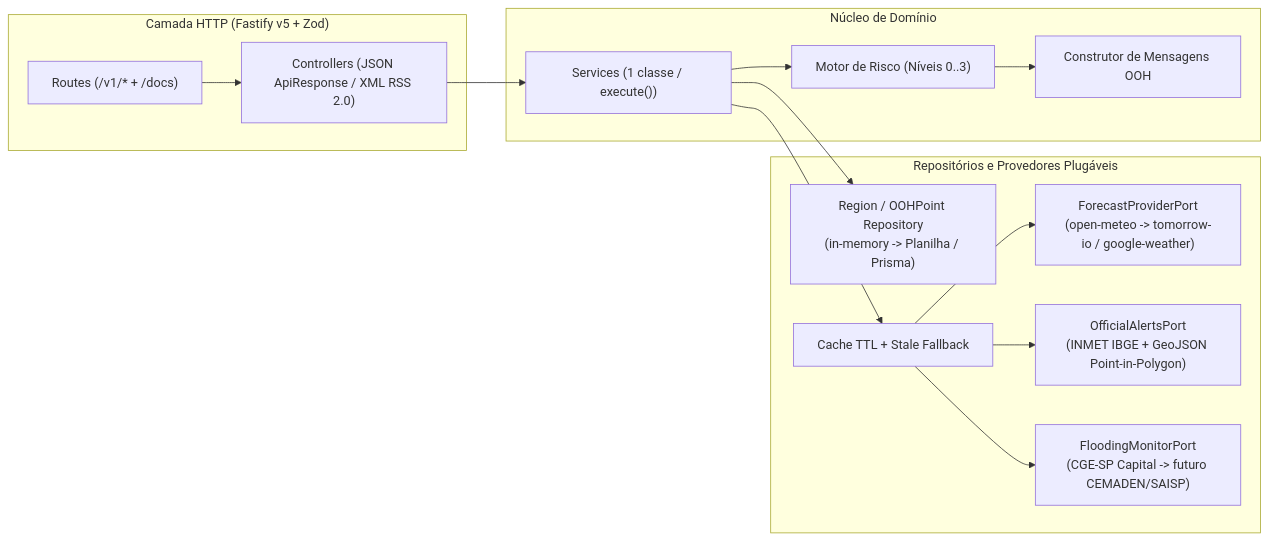
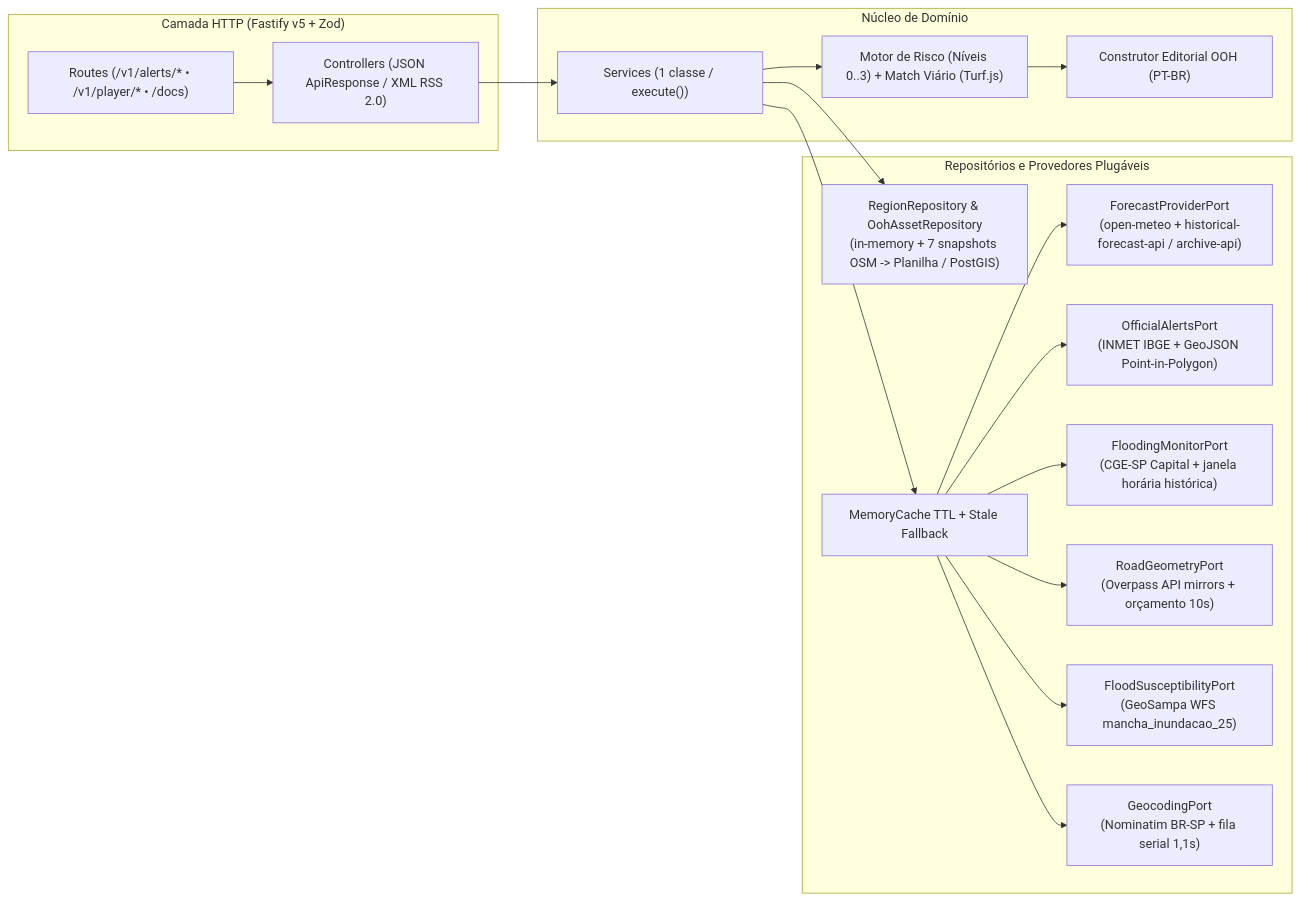
One commit to lanjosdev/ooh-alerta-alagamentos changed the diagram in backend/docs/architecture.md. Above: the diagram before and after it, drawn with Mermaid. The commit also changed other lines of this file and 17 other files, not shown here.

Commit message:
feat(backend): add /v1/player endpoints, road risk matching, tests and API docs

````diff
--- a/backend/docs/architecture.md
+++ b/backend/docs/architecture.md
@@ -9,29 +9,35 @@
 ```mermaid
 flowchart LR
     subgraph HTTP["Camada HTTP (Fastify v5 + Zod)"]
-        R["Routes (/v1/* + /docs)"]
+        R["Routes (/v1/alerts/* • /v1/player/* • /docs)"]
         C["Controllers (JSON ApiResponse / XML RSS 2.0)"]
     end
 
     subgraph Core["Núcleo de Domínio"]
         S["Services (1 classe / execute())"]
-        RISK["Motor de Risco (Níveis 0..3)"]
-        MSG["Construtor de Mensagens OOH"]
+        RISK["Motor de Risco (Níveis 0..3) + Match Viário (Turf.js)"]
+        MSG["Construtor Editorial OOH (PT-BR)"]
     end
 
     subgraph Infra["Repositórios e Provedores Plugáveis"]
-        REPO["Region / OOHPoint Repository<br/>(in-memory -> Planilha / Prisma)"]
-        FP["ForecastProviderPort<br/>(open-meteo -> tomorrow-io / google-weather)"]
+        REPO["RegionRepository & OohAssetRepository<br/>(in-memory + 7 snapshots OSM -> Planilha / PostGIS)"]
+        FP["ForecastProviderPort<br/>(open-meteo + historical-forecast-api / archive-api)"]
         AP["OfficialAlertsPort<br/>(INMET IBGE + GeoJSON Point-in-Polygon)"]
-        FM["FloodingMonitorPort<br/>(CGE-SP Capital -> futuro CEMADEN/SAISP)"]
-        CACHE["Cache TTL + Stale Fallback"]
+        FM["FloodingMonitorPort<br/>(CGE-SP Capital + janela horária histórica)"]
+        RG["RoadGeometryPort<br/>(Overpass API mirrors + orçamento 10s)"]
+        FS["FloodSusceptibilityPort<br/>(GeoSampa WFS mancha_inundacao_25)"]
+        GC["GeocodingPort<br/>(Nominatim BR-SP + fila serial 1,1s)"]
+        CACHE["MemoryCache TTL + Stale Fallback"]
     end
 
     R --> C --> S
     S --> RISK --> MSG
     S --> REPO
     S --> CACHE
     CACHE --> FP
     CACHE --> AP
     CACHE --> FM
+    CACHE --> RG
+    CACHE --> FS
+    CACHE --> GC
 ```
````
